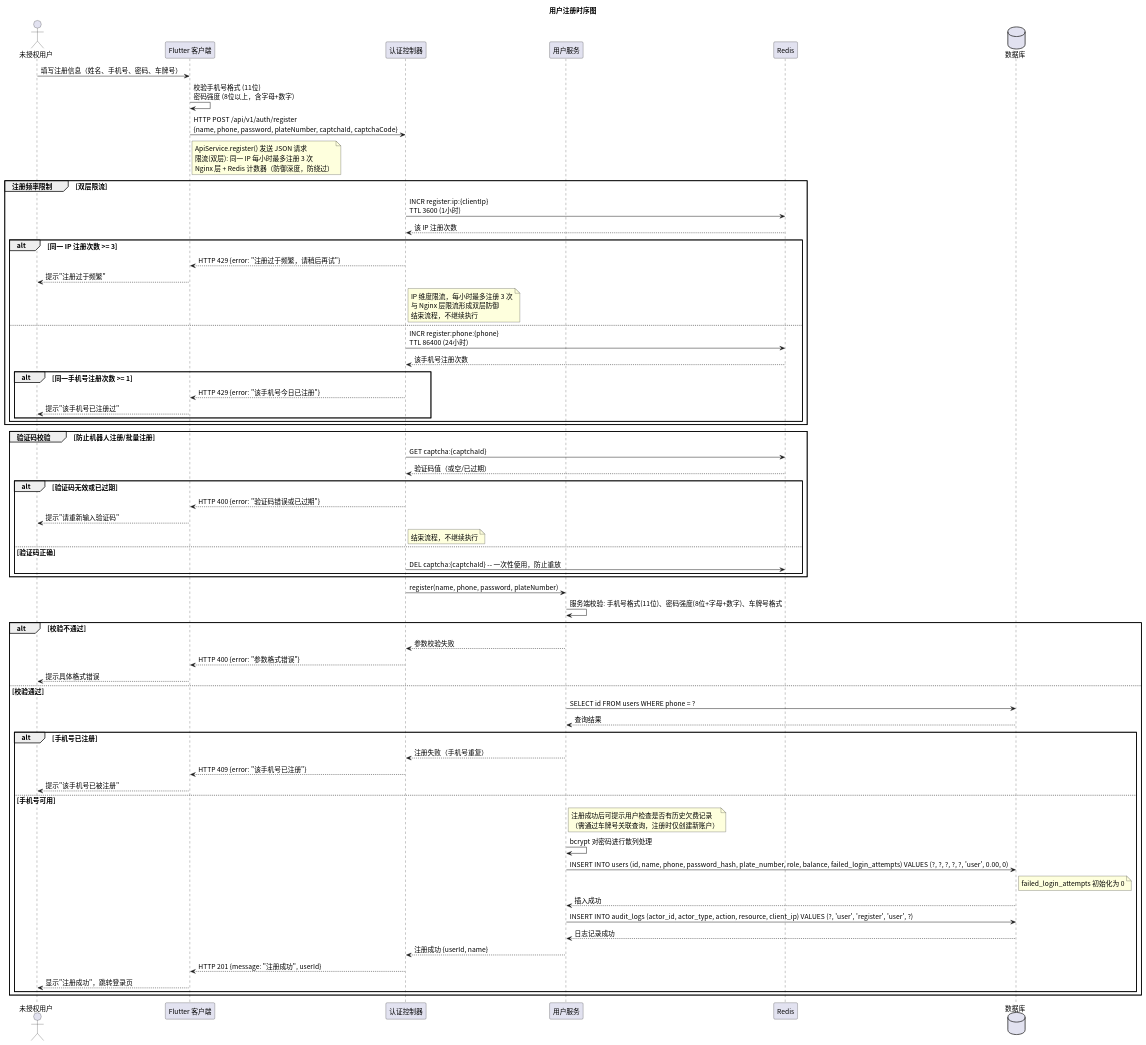
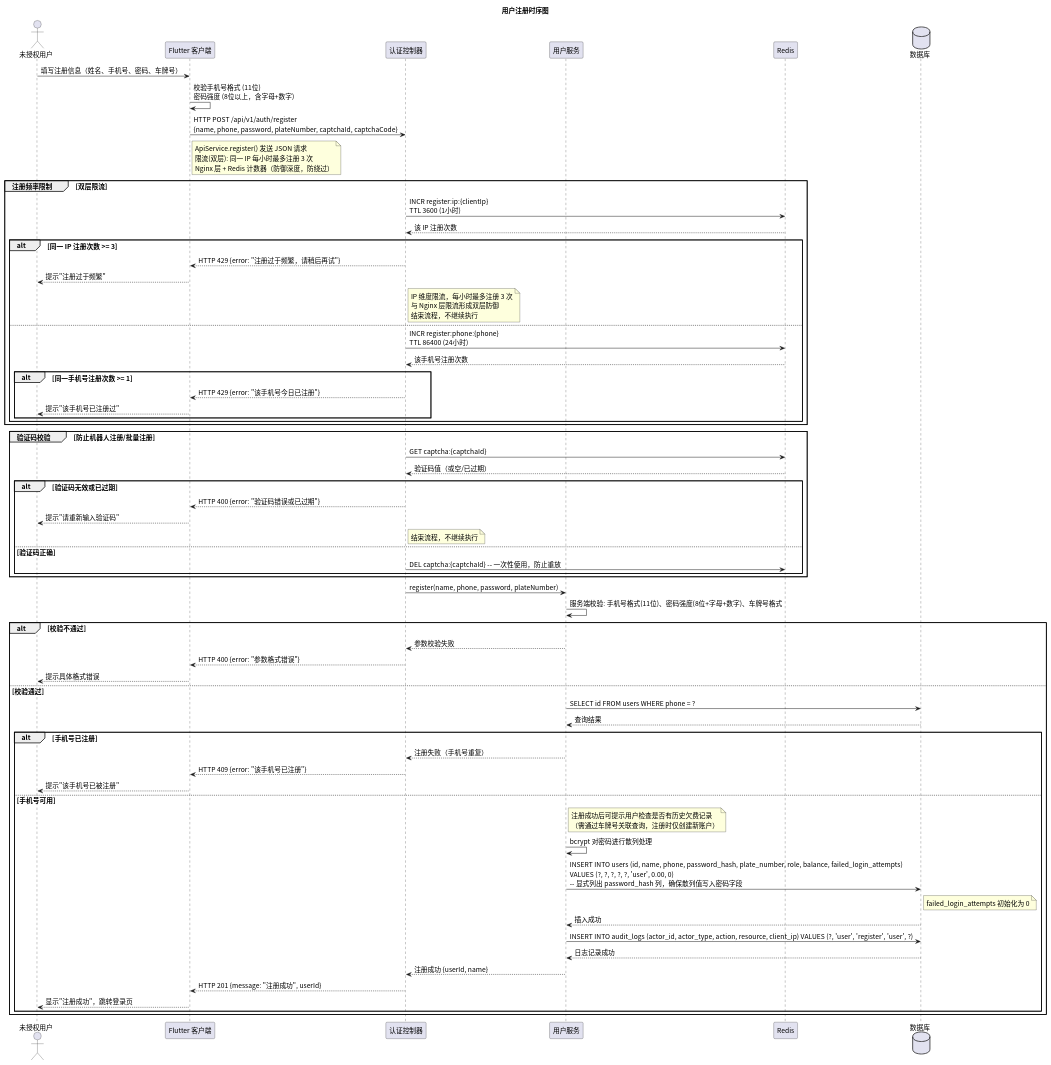
Before and after one commit to greenhandzdl/charging-station-doc: the diagram in time/src/sequence_register.puml, drawn with PlantUML. The commit also changed 33 other files, not shown here.

First line of the commit message:
fix: 全量评估修复 — 授权加固、欠费冻结、幂等性、跨图一致性修复

```diff
--- a/time/src/sequence_register.puml
+++ b/time/src/sequence_register.puml
@@ -1,79 +1,79 @@
 @startuml
 skinparam defaultFontName "Noto Sans CJK SC"
 skinparam defaultFontSize 14
 title 用户注册时序图
 
 ' 所有 SQL 操作使用 PreparedStatement 参数绑定，禁止字符串拼接
 actor 未授权用户 as U
 participant "Flutter 客户端" as FE
 participant "认证控制器" as Ctrl
 participant "用户服务" as US
 participant "Redis" as Cache
 database 数据库 as DB
 
 U -> FE: 填写注册信息（姓名、手机号、密码、车牌号）
 FE -> FE: 校验手机号格式 (11位)\n密码强度 (8位以上，含字母+数字)
 FE -> Ctrl: HTTP POST /api/v1/auth/register\n{name, phone, password, plateNumber, captchaId, captchaCode}
 note right FE : ApiService.register() 发送 JSON 请求\n限流(双层): 同一 IP 每小时最多注册 3 次\nNginx 层 + Redis 计数器（防御深度，防绕过）
 
 
 group 注册频率限制 [双层限流]
   Ctrl -> Cache: INCR register:ip:{clientIp}\nTTL 3600 (1小时)
   Cache --> Ctrl: 该 IP 注册次数
 
   alt 同一 IP 注册次数 >= 3
     Ctrl --> FE: HTTP 429 {error: "注册过于频繁，请稍后再试"}
     FE --> U: 提示"注册过于频繁"
     note right Ctrl : IP 维度限流，每小时最多注册 3 次\n与 Nginx 层限流形成双层防御\n结束流程，不继续执行
   else
     Ctrl -> Cache: INCR register:phone:{phone}\nTTL 86400 (24小时)
     Cache --> Ctrl: 该手机号注册次数
     alt 同一手机号注册次数 >= 1
       Ctrl --> FE: HTTP 429 {error: "该手机号今日已注册"}
       FE --> U: 提示"该手机号已注册过"
     end
   end
 end
 
 group 验证码校验 [防止机器人注册/批量注册]
   Ctrl -> Cache: GET captcha:{captchaId}
   Cache --> Ctrl: 验证码值（或空/已过期）
 
   alt 验证码无效或已过期
     Ctrl --> FE: HTTP 400 {error: "验证码错误或已过期"}
     FE --> U: 提示"请重新输入验证码"
     note right Ctrl : 结束流程，不继续执行
   else 验证码正确
     Ctrl -> Cache: DEL captcha:{captchaId} -- 一次性使用，防止重放
   end
 end
 
 Ctrl -> US: register(name, phone, password, plateNumber)
 US -> US: 服务端校验: 手机号格式(11位)、密码强度(8位+字母+数字)、车牌号格式
 
 alt 校验不通过
   US --> Ctrl: 参数校验失败
   Ctrl --> FE: HTTP 400 {error: "参数格式错误"}
   FE --> U: 提示具体格式错误
 else 校验通过
   US -> DB: SELECT id FROM users WHERE phone = ?
   DB --> US: 查询结果
 
   alt 手机号已注册
     US --> Ctrl: 注册失败（手机号重复）
     Ctrl --> FE: HTTP 409 {error: "该手机号已注册"}
     FE --> U: 提示"该手机号已被注册"
   else 手机号可用
     note right US : 注册成功后可提示用户检查是否有历史欠费记录\n（需通过车牌号关联查询，注册时仅创建新账户）
     US -> US: bcrypt 对密码进行散列处理
-    US -> DB: INSERT INTO users (id, name, phone, password_hash, plate_number, role, balance, failed_login_attempts) VALUES (?, ?, ?, ?, ?, 'user', 0.00, 0)
+    US -> DB: INSERT INTO users (id, name, phone, password_hash, plate_number, role, balance, failed_login_attempts)\nVALUES (?, ?, ?, ?, ?, 'user', 0.00, 0)\n-- 显式列出 password_hash 列，确保散列值写入密码字段
     note right DB : failed_login_attempts 初始化为 0
     DB --> US: 插入成功
     US -> DB: INSERT INTO audit_logs (actor_id, actor_type, action, resource, client_ip) VALUES (?, 'user', 'register', 'user', ?)
     DB --> US: 日志记录成功
     US --> Ctrl: 注册成功 {userId, name}
     Ctrl --> FE: HTTP 201 {message: "注册成功", userId}
     FE --> U: 显示"注册成功"，跳转登录页
   end
 end
 @enduml
```
